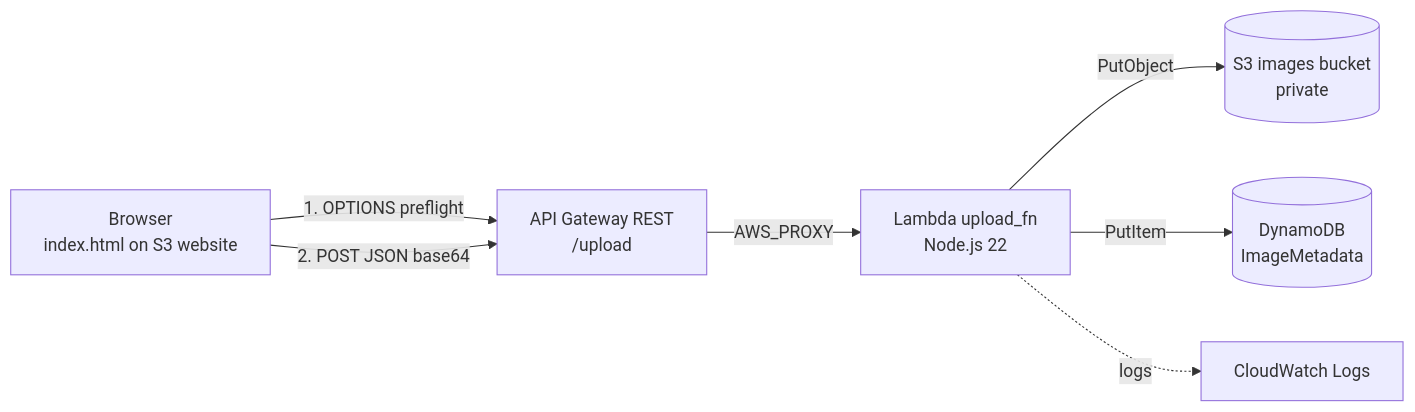
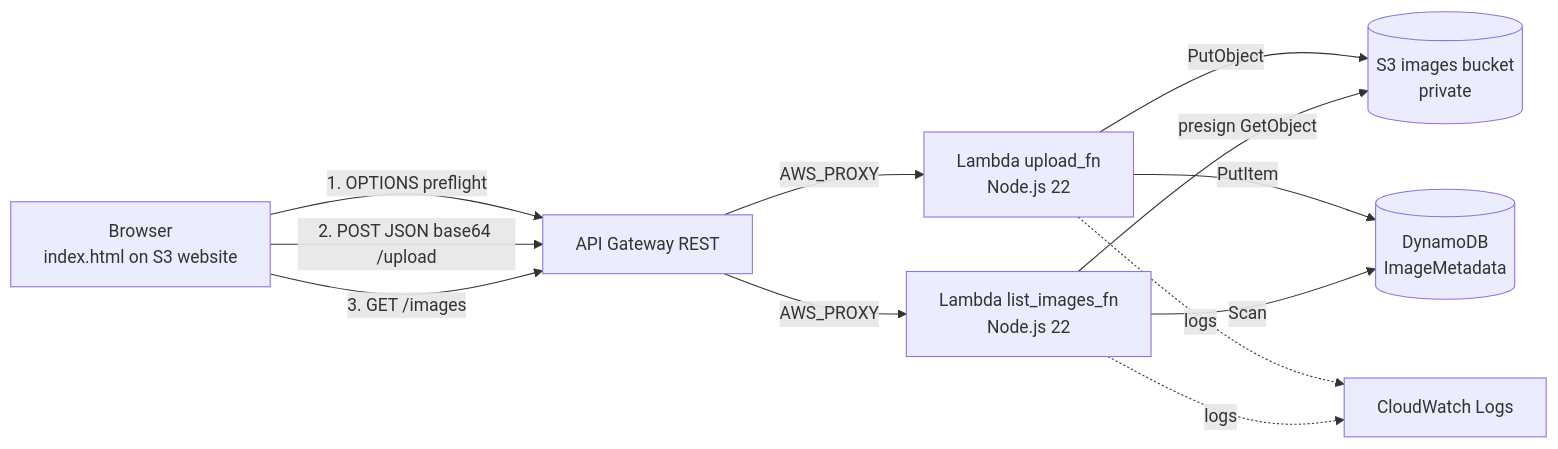
Before and after one commit to tvero1011/serverless-image-api: the diagram in docs/architecture.md, drawn with Mermaid. The commit also changed other lines of this file and 7 other files, not shown here.

Commit message:
added get images feature

````diff
--- a/docs/architecture.md
+++ b/docs/architecture.md
@@ -3,9 +3,14 @@
 ```mermaid
 flowchart LR
-  B[Browser<br/>index.html on S3 website] -->|1. OPTIONS preflight| A[API Gateway REST<br/>/upload]
-  B -->|2. POST JSON base64| A
+  B[Browser<br/>index.html on S3 website] -->|1. OPTIONS preflight| A[API Gateway REST]
+  B -->|2. POST JSON base64 /upload| A
+  B -->|3. GET /images| A
   A -->|AWS_PROXY| L[Lambda upload_fn<br/>Node.js 22]
+  A -->|AWS_PROXY| G[Lambda list_images_fn<br/>Node.js 22]
   L -->|PutObject| S[(S3 images bucket<br/>private)]
   L -->|PutItem| D[(DynamoDB<br/>ImageMetadata)]
+  G -->|Scan| D
+  G -->|presign GetObject| S
   L -.->|logs| C[CloudWatch Logs]
+  G -.->|logs| C
 ```
````
